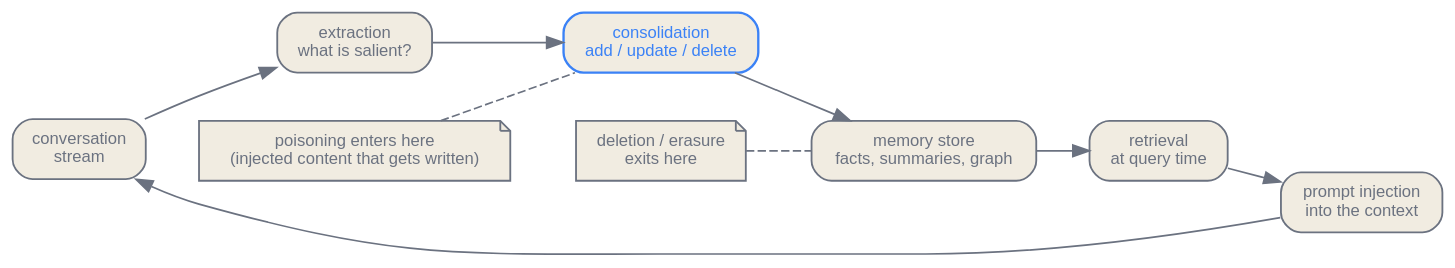
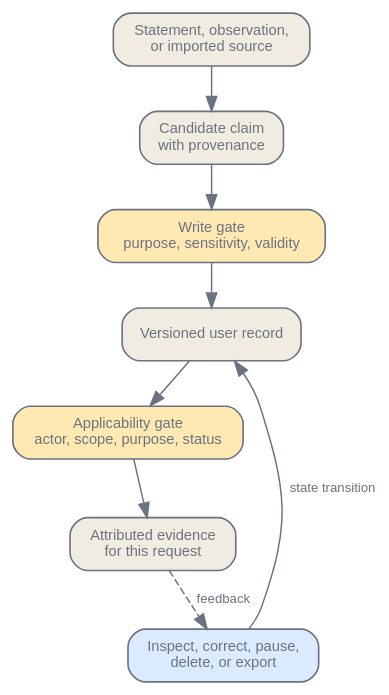
One commit to latere-ai/ai-as-an-infrastructure changed the diagram in en/orchestration/04-personalization-memory.qmd. Above: the diagram before and after it, drawn with Graphviz. The commit also changed other lines of this file and 3 other files, not shown here.

Commit message:
docs: rewrite personalization memory

````diff
--- a/en/orchestration/04-personalization-memory.qmd
+++ b/en/orchestration/04-personalization-memory.qmd
@@ -20,25 +124,24 @@
 ```{dot}
 //| label: fig-personalization-memory-loop
-//| fig-cap: "The user-memory loop. Extraction and consolidation decide what is written, retrieval decides what returns, and the two annotations mark where the design carries risk: poisoning enters at the write path, and the erasure obligation exits at the store."
-digraph memloop {
-  bgcolor="transparent";
-  rankdir=LR;
-  nodesep=0.4; ranksep=0.45;
-  node [shape=box, style="rounded,filled", fontname="Helvetica", fontsize=10, color="#6b7280", fontcolor="#6b7280", fillcolor="#f1ece1", penwidth=1.1];
-  edge [fontsize=9, fontname="Helvetica", color="#6b7280", fontcolor="#6b7280"];
+//| fig-cap: "Personalization has separate admission and application decisions. User controls act on the record and its derived lineage."
+digraph {
+    bgcolor="transparent";
+    rankdir=TB;
+    size="3.2,8.0";
+    nodesep=0.32; ranksep=0.40;
+    node [shape=box, style="rounded,filled", fontname="Helvetica", fontsize=10, color="#6b7280", fontcolor="#6b7280", fillcolor="#f1ece1", penwidth=1.1];
+    edge [fontsize=9, fontname="Helvetica", color="#6b7280", fontcolor="#6b7280"];
 
-  conv  [label="conversation\nstream"];
-  ext   [label="extraction\nwhat is salient?"];
-  cons  [label="consolidation\nadd / update / delete", color="#3b82f6", fontcolor="#3b82f6", penwidth=1.4];
-  store [label="memory store\nfacts, summaries, graph"];
-  ret   [label="retrieval\nat query time"];
-  inj   [label="prompt injection\ninto the context"];
+    S [label="Statement, observation,\nor imported source"];
+    C [label="Candidate claim\nwith provenance"];
+    W [label="Write gate\npurpose, sensitivity, validity", fillcolor="#ffe9b3"];
+    M [label="Versioned user record"];
+    A [label="Applicability gate\nactor, scope, purpose, status", fillcolor="#ffe9b3"];
+    R [label="Attributed evidence\nfor this request"];
+    U [label="Inspect, correct, pause,\ndelete, or export", fillcolor="#dbeafe"];
 
-  conv -> ext -> cons -> store -> ret -> inj -> conv;
-
-  poison [label="poisoning enters here\n(injected content that gets written)", shape=note];
-  erase  [label="deletion / erasure\nexits here", shape=note];
-  poison -> cons [style=dashed, dir=none];
-  erase -> store [style=dashed, dir=none];
+    S -> C -> W -> M -> A -> R;
+    U -> M [label="state transition"];
+    R -> U [label="feedback", style=dashed];
 }
 ```
````
